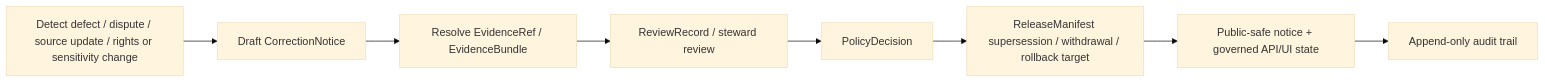
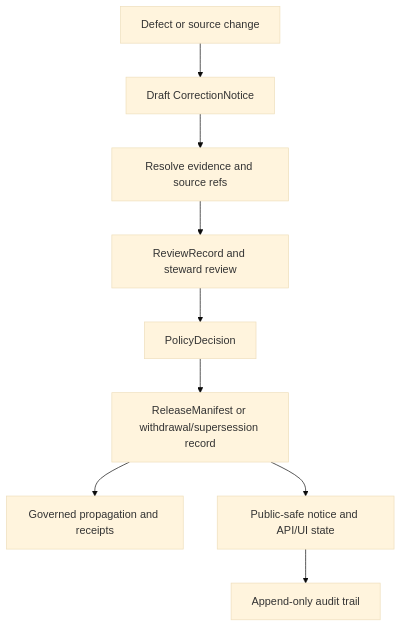
One commit to bartytime4life/Kansas-Frontier-Matrix changed the diagram in contracts/correction/correction_notice.md. Above: the diagram before and after it, drawn with Mermaid (base theme). The commit also changed other lines of this file, not shown here.

Commit message:
docs: reconcile CorrectionNotice contract

````diff
--- a/contracts/correction/correction_notice.md
+++ b/contracts/correction/correction_notice.md
@@ -252,10 +353,11 @@
 ```mermaid
-flowchart LR
-  DETECT[Detect defect / dispute / source update / rights or sensitivity change] --> DRAFT[Draft CorrectionNotice]
-  DRAFT --> EVID[Resolve EvidenceRef / EvidenceBundle]
-  EVID --> REVIEW[ReviewRecord / steward review]
+flowchart TD
+  DETECT[Defect or source change] --> DRAFT[Draft CorrectionNotice]
+  DRAFT --> EVID[Resolve evidence and source refs]
+  EVID --> REVIEW[ReviewRecord and steward review]
   REVIEW --> POLICY[PolicyDecision]
-  POLICY --> RELEASE[ReleaseManifest supersession / withdrawal / rollback target]
-  RELEASE --> PUBLIC[Public-safe notice + governed API/UI state]
+  POLICY --> RELEASE[ReleaseManifest or withdrawal/supersession record]
+  RELEASE --> PROP[Governed propagation and receipts]
+  RELEASE --> PUBLIC[Public-safe notice and API/UI state]
   PUBLIC --> AUDIT[Append-only audit trail]
 ```
````
